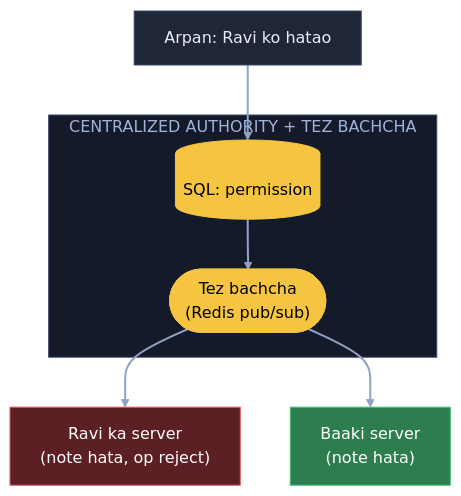
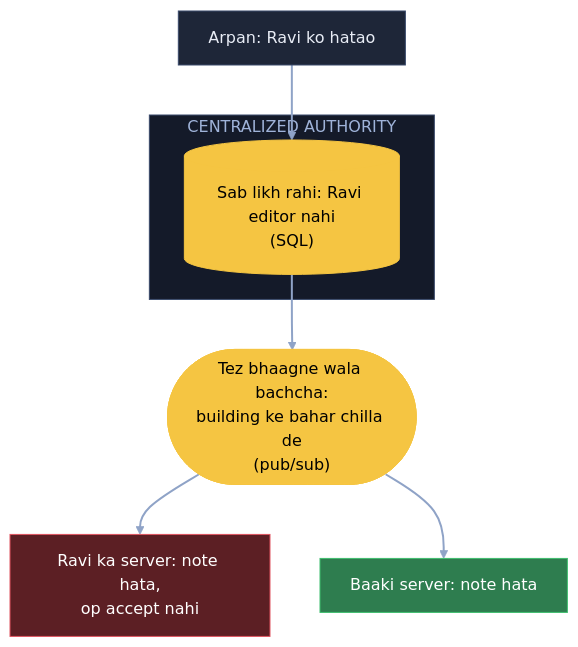
One commit to ArpanMaheshwari144/Prep changed the sixth of 7 diagrams in 04_HLD/SYSTEM_DESIGNS/11_google_docs_collab/11_google_docs_collab.md. Above: the diagram before and after it, drawn with Mermaid (forest theme). The commit also changed other lines of this file, not shown here.

Commit message:
Docs: 7 diagram hand notes ke shabdon se, K5 me 500 copy / paisa / interviewer wali baat notes jaisi

````diff
--- a/04_HLD/SYSTEM_DESIGNS/11_google_docs_collab/11_google_docs_collab.md
+++ b/04_HLD/SYSTEM_DESIGNS/11_google_docs_collab/11_google_docs_collab.md
@@ -201,20 +206,20 @@
 ```mermaid
 flowchart TB
     M["Arpan: Ravi ko hatao"]:::card
-    subgraph CA["CENTRALIZED AUTHORITY + TEZ BACHCHA"]
-        Q[("SQL: permission")]:::pill
-        P(["Tez bachcha<br/>(Redis pub/sub)"]):::pill
+    subgraph CA["CENTRALIZED AUTHORITY"]
+        Q[("Sab likh rahi: Ravi editor nahi<br/>(SQL)")]:::pill
     end
-    S1["Ravi ka server<br/>(note hata, op reject)"]:::bad
-    S2["Baaki server<br/>(note hata)"]:::good
+    P(["Tez bhaagne wala bachcha:<br/>building ke bahar chilla de<br/>(pub/sub)"]):::pill
+    S1["Ravi ka server: note hata,<br/>op accept nahi"]:::bad
+    S2["Baaki server: note hata"]:::good
     M --> Q
     Q --> P
     P --> S1
     P --> S2
     linkStyle default stroke:#8fa3c7,stroke-width:2px
     classDef card fill:#1e2638,stroke:#3a4a6b,color:#e8ecf5
     classDef pill fill:#f5c542,stroke:#f5c542,color:#000
     classDef good fill:#2e7d4f,stroke:#3fbf6f,color:#fff
     classDef bad fill:#5c1f24,stroke:#e05561,color:#fff
     style CA fill:#141a29,stroke:#3a4a6b,color:#9fb3d9
 ```
````
